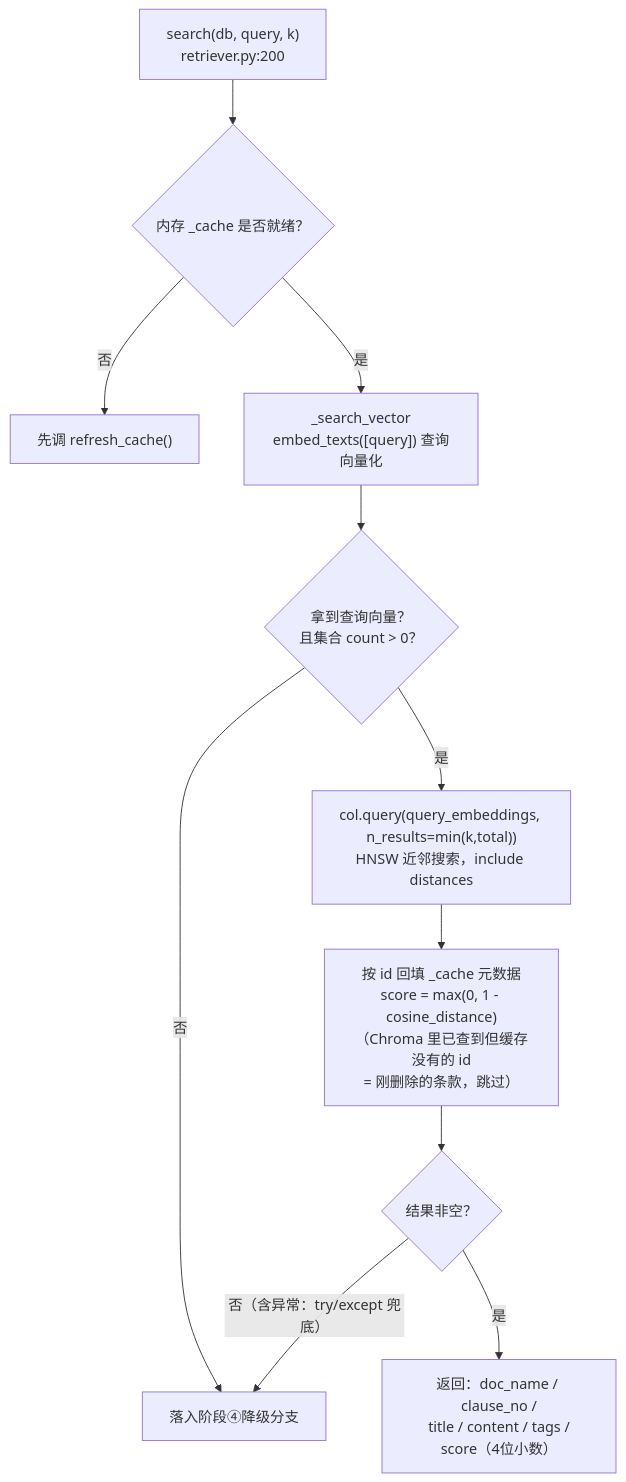
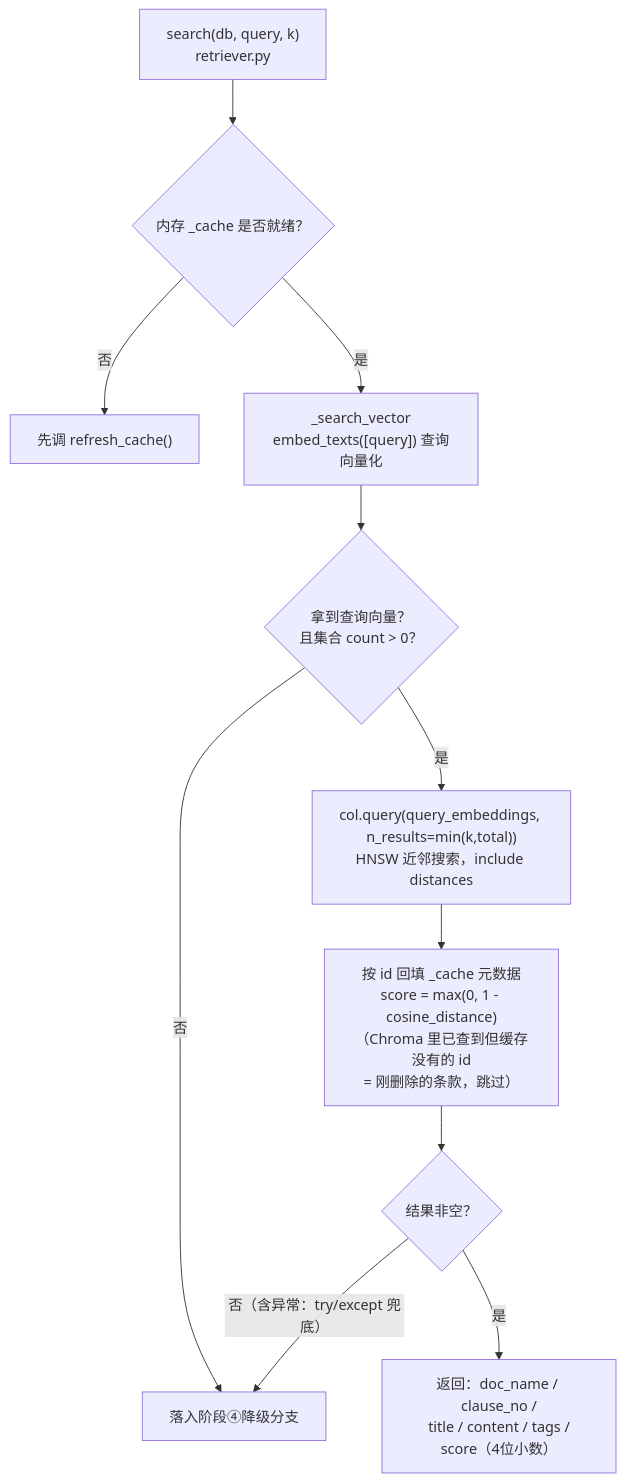
The third of 4 diagrams in docs/RAG检索实现分析.md (pandaadsas/zhuan-cloud), drawn with Mermaid before and after one commit. The commit also changed other lines of this file and 5 other files, not shown here.

````diff
--- a/docs/RAG检索实现分析.md
+++ b/docs/RAG检索实现分析.md
@@ -109,13 +109,13 @@
 ```mermaid
 flowchart TD
-    A["search(db, query, k)<br/>retriever.py:200"] --> B{"内存 _cache 是否就绪？"}
+    A["search(db, query, k)<br/>retriever.py"] --> B{"内存 _cache 是否就绪？"}
     B -- "否" --> C["先调 refresh_cache()"]
     B -- 是 --> D["_search_vector<br/>embed_texts([query]) 查询向量化"]
     D --> E{"拿到查询向量？<br/>且集合 count > 0？"}
     E -- "否" --> H["落入阶段④降级分支"]
     E -- 是 --> F["col.query(query_embeddings, n_results=min(k,total))<br/>HNSW 近邻搜索，include distances"]
     F --> G["按 id 回填 _cache 元数据<br/>score = max(0, 1 - cosine_distance)<br/>（Chroma 里已查到但缓存没有的 id<br/>= 刚删除的条款，跳过）"]
     G --> I{"结果非空？"}
     I -- 是 --> J["返回：doc_name / clause_no /<br/>title / content / tags /<br/>score（4位小数）"]
     I -- "否（含异常：try/except 兜底）" --> H
 ```
````
